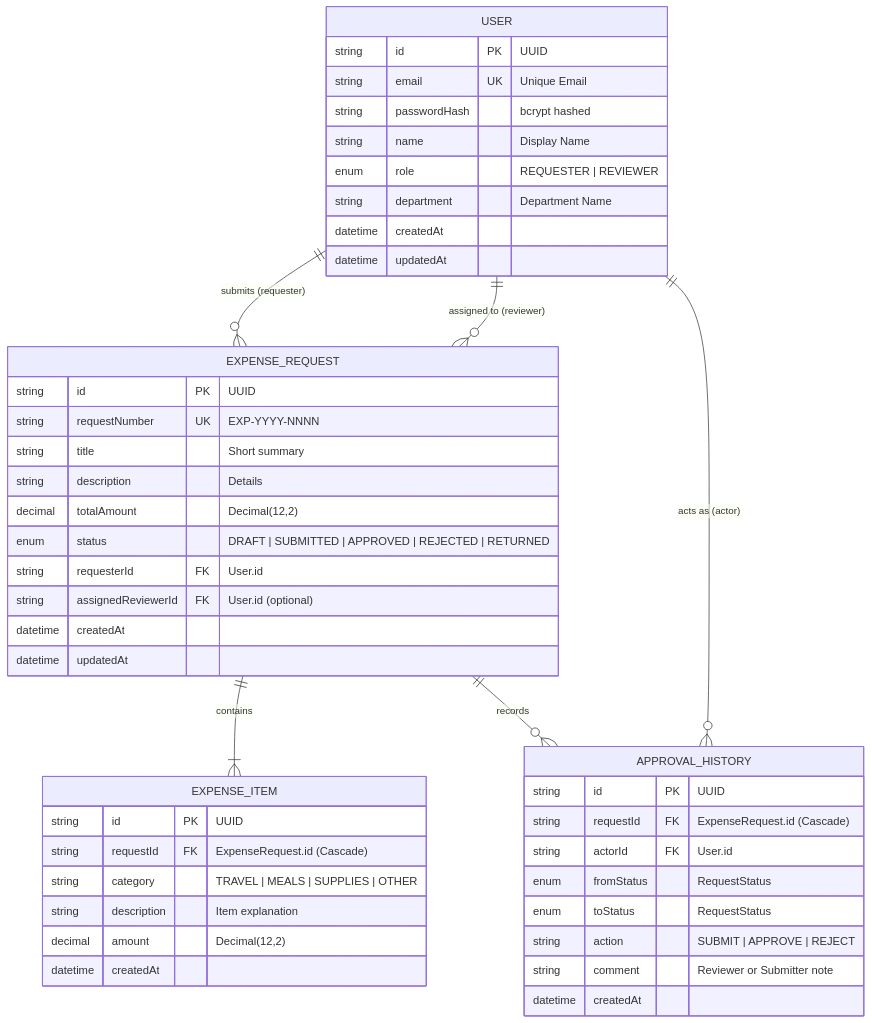
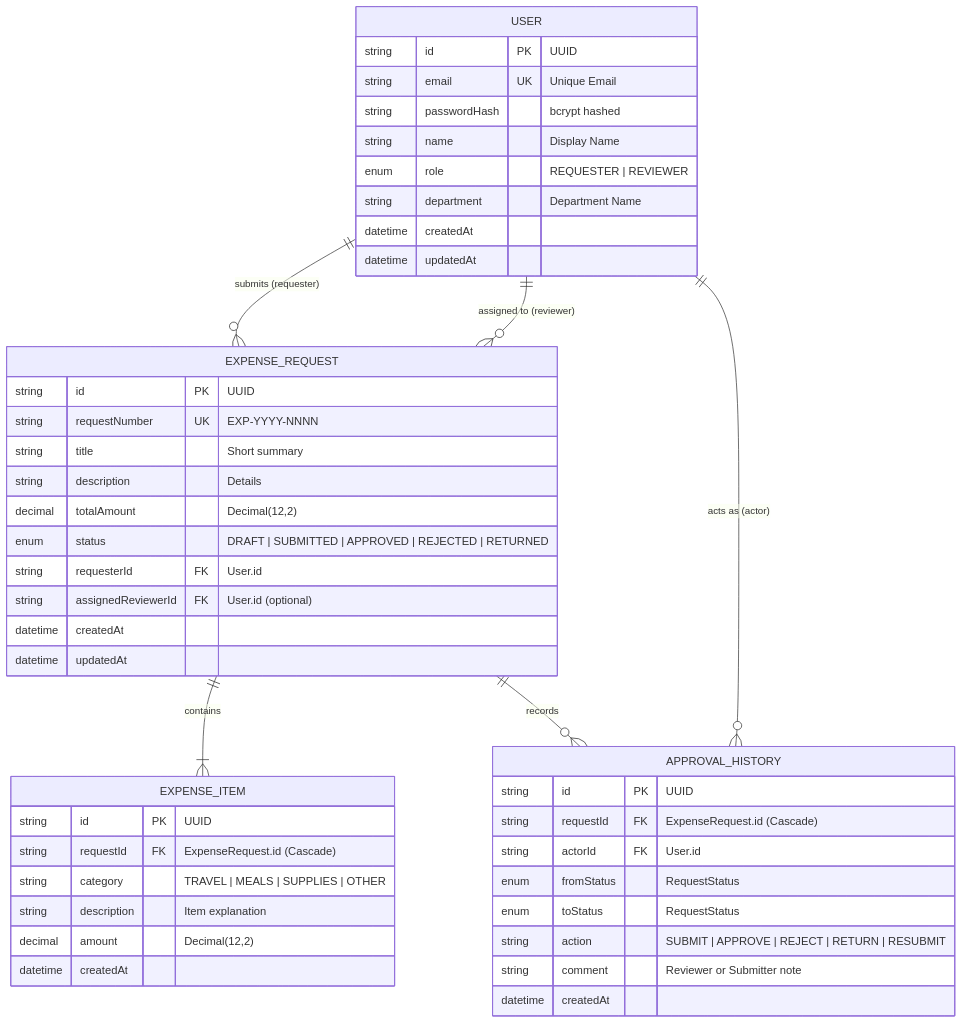
The second of 3 diagrams in docs/system-sds.md (KaiDaoMuKrobb/Workflow-and-Approval-System), drawn with Mermaid before and after one commit. The commit also changed other lines of this file and 1 other file, not shown here.

````diff
--- a/docs/system-sds.md
+++ b/docs/system-sds.md
@@ -56,52 +56,52 @@
 ```mermaid
 erDiagram
     USER ||--o{ EXPENSE_REQUEST : "submits (requester)"
     USER ||--o{ EXPENSE_REQUEST : "assigned to (reviewer)"
     USER ||--o{ APPROVAL_HISTORY : "acts as (actor)"
     EXPENSE_REQUEST ||--|{ EXPENSE_ITEM : "contains"
     EXPENSE_REQUEST ||--o{ APPROVAL_HISTORY : "records"
 
     USER {
         string id PK "UUID"
         string email UK "Unique Email"
         string passwordHash "bcrypt hashed"
         string name "Display Name"
         enum role "REQUESTER | REVIEWER"
         string department "Department Name"
         datetime createdAt
         datetime updatedAt
     }
 
     EXPENSE_REQUEST {
         string id PK "UUID"
         string requestNumber UK "EXP-YYYY-NNNN"
         string title "Short summary"
         string description "Details"
         decimal totalAmount "Decimal(12,2)"
         enum status "DRAFT | SUBMITTED | APPROVED | REJECTED | RETURNED"
         string requesterId FK "User.id"
         string assignedReviewerId FK "User.id (optional)"
         datetime createdAt
         datetime updatedAt
     }
 
     EXPENSE_ITEM {
         string id PK "UUID"
         string requestId FK "ExpenseRequest.id (Cascade)"
         string category "TRAVEL | MEALS | SUPPLIES | OTHER"
         string description "Item explanation"
         decimal amount "Decimal(12,2)"
         datetime createdAt
     }
 
     APPROVAL_HISTORY {
         string id PK "UUID"
         string requestId FK "ExpenseRequest.id (Cascade)"
         string actorId FK "User.id"
         enum fromStatus "RequestStatus"
         enum toStatus "RequestStatus"
-        string action "SUBMIT | APPROVE | REJECT"
+        string action "SUBMIT | APPROVE | REJECT | RETURN | RESUBMIT"
         string comment "Reviewer or Submitter note"
         datetime createdAt
     }
 ```
````
